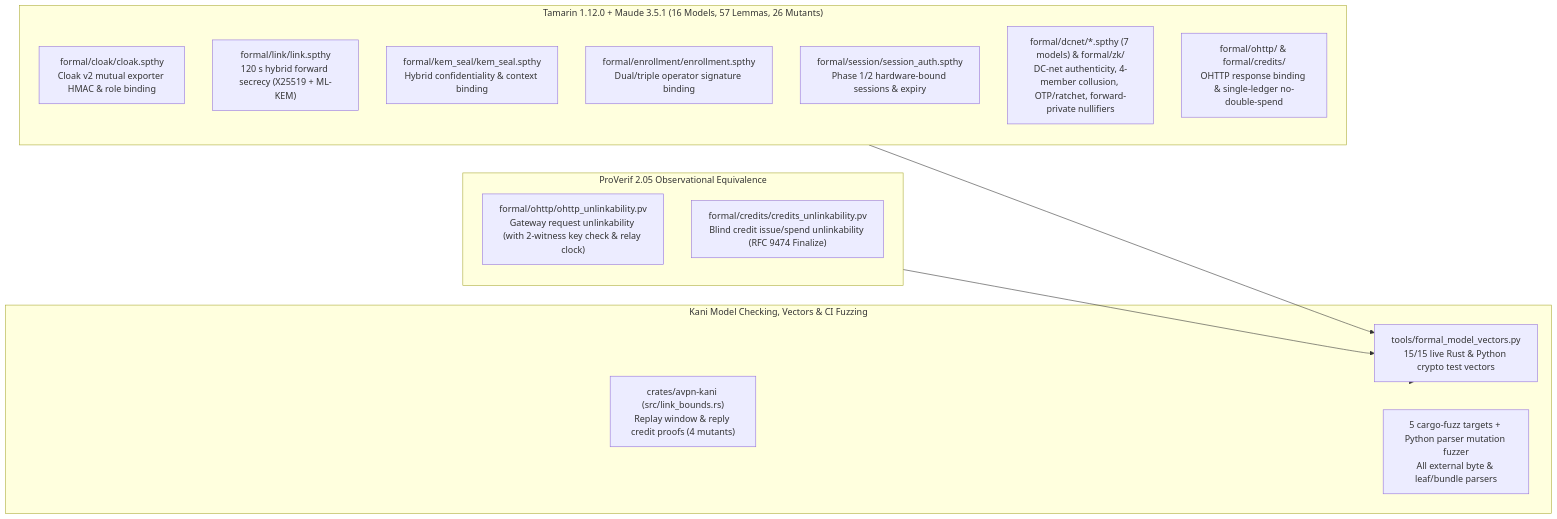
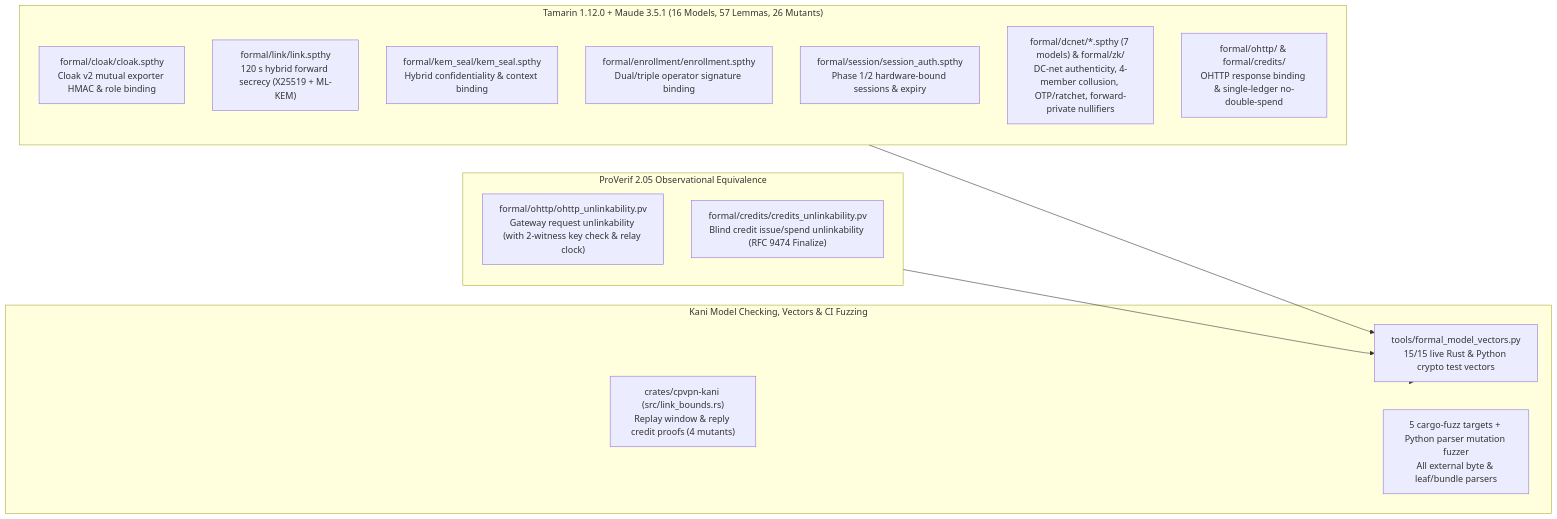
One commit to R1VER77/ADVANCED_VPN changed the eighth of 10 diagrams in README.md. Above: the diagram before and after it, drawn with Mermaid. The commit also changed other lines of this file and 431 other files, not shown here.

````diff
--- a/README.md
+++ b/README.md
@@ -784,27 +785,27 @@
 ```mermaid
 flowchart LR
     subgraph SymbolicTamarin["Tamarin 1.12.0 + Maude 3.5.1 (16 Models, 57 Lemmas, 26 Mutants)"]
         T1["formal/cloak/cloak.spthy<br/>Cloak v2 mutual exporter HMAC & role binding"]
         T2["formal/link/link.spthy<br/>120 s hybrid forward secrecy (X25519 + ML-KEM)"]
         T3["formal/kem_seal/kem_seal.spthy<br/>Hybrid confidentiality & context binding"]
         T4["formal/enrollment/enrollment.spthy<br/>Dual/triple operator signature binding"]
         T5["formal/session/session_auth.spthy<br/>Phase 1/2 hardware-bound sessions & expiry"]
         T6["formal/dcnet/*.spthy (7 models) & formal/zk/<br/>DC-net authenticity, 4-member collusion, OTP/ratchet, forward-private nullifiers"]
         T7["formal/ohttp/ & formal/credits/<br/>OHTTP response binding & single-ledger no-double-spend"]
     end
 
     subgraph EquivalenceProVerif["ProVerif 2.05 Observational Equivalence"]
         PV1["formal/ohttp/ohttp_unlinkability.pv<br/>Gateway request unlinkability (with 2-witness key check & relay clock)"]
         PV2["formal/credits/credits_unlinkability.pv<br/>Blind credit issue/spend unlinkability (RFC 9474 Finalize)"]
     end
 
     subgraph BoundedAndFuzz["Kani Model Checking, Vectors & CI Fuzzing"]
-        Kani["crates/avpn-kani (src/link_bounds.rs)<br/>Replay window & reply credit proofs (4 mutants)"]
+        Kani["crates/cpvpn-kani (src/link_bounds.rs)<br/>Replay window & reply credit proofs (4 mutants)"]
         Vec["tools/formal_model_vectors.py<br/>15/15 live Rust & Python crypto test vectors"]
         Fuzz["5 cargo-fuzz targets + Python parser mutation fuzzer<br/>All external byte & leaf/bundle parsers"]
     end
 
     SymbolicTamarin --> Vec
     EquivalenceProVerif --> Vec
     BoundedAndFuzz --> Vec
 ```
````
